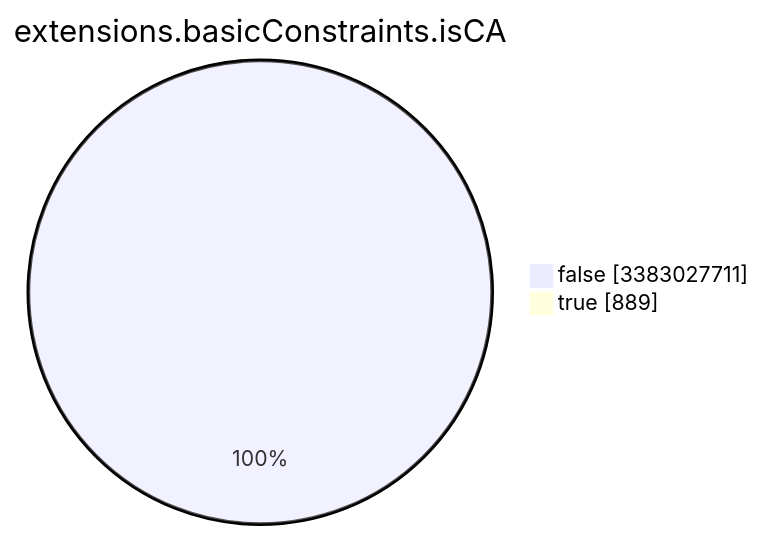
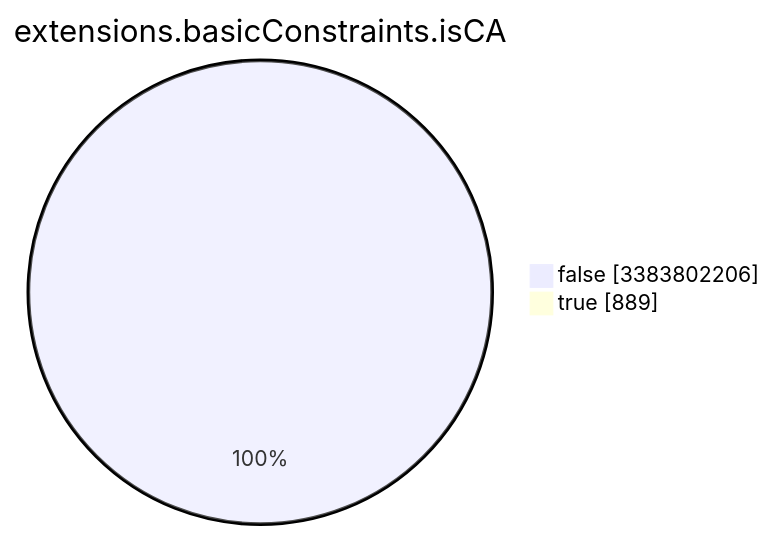
One commit to christiankrug/ctmonitor_visualization changed the seventh of 15 diagrams in TOTAL/README.md. Above: the diagram before and after it, drawn with Mermaid. The commit also changed other lines of this file, not shown here.

````diff
--- a/TOTAL/README.md
+++ b/TOTAL/README.md
@@ -3090,6 +3090,6 @@
 ```mermaid
 pie showData
 title extensions.basicConstraints.isCA
-"false" :3383027711
+"false" :3383802206
 "true" :889
 ```
````
